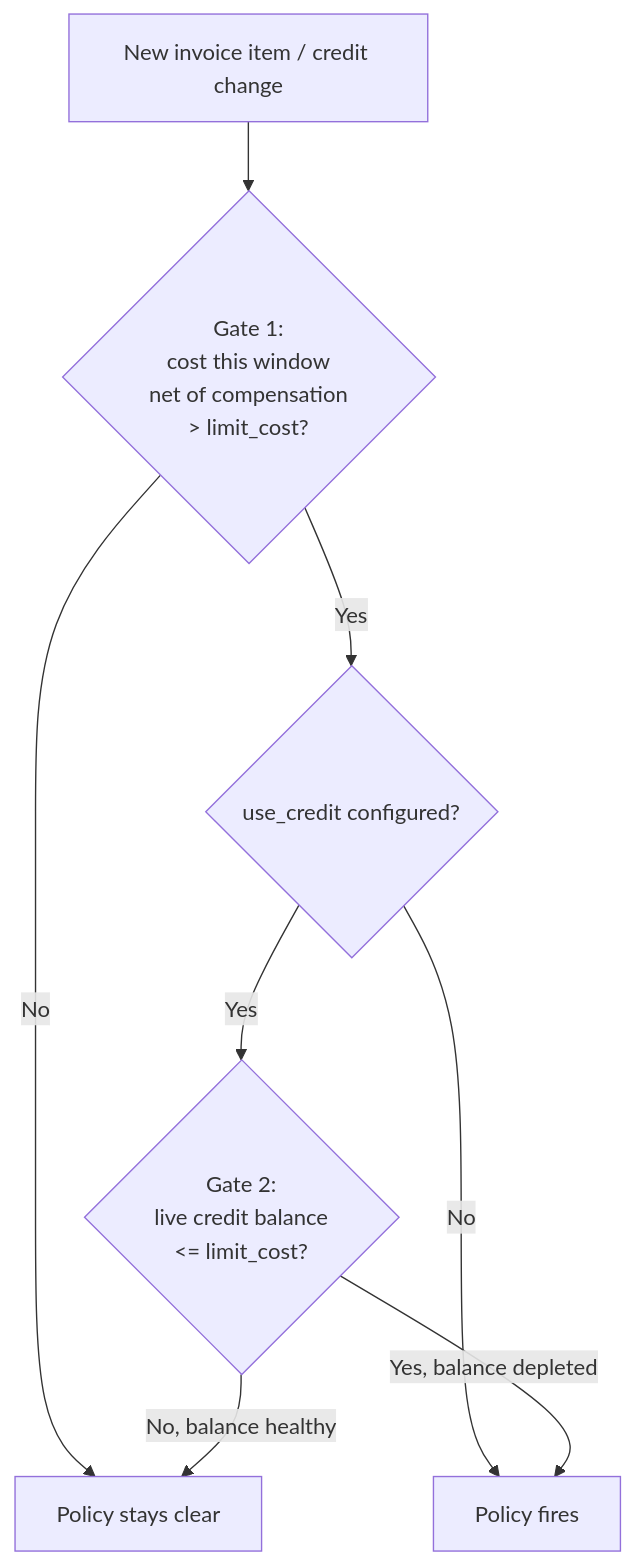
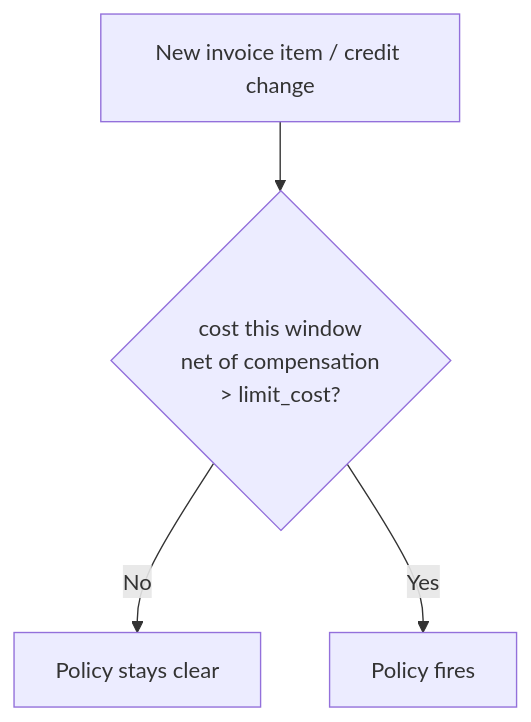
Before and after one commit to waldur/waldur-docs: the seventh of 8 diagrams in docs/developer-guide/guides/billing-and-invoicing.md, drawn with Mermaid. The commit also changed other lines of this file and 51 other files, not shown here.

````diff
--- a/docs/developer-guide/guides/billing-and-invoicing.md
+++ b/docs/developer-guide/guides/billing-and-invoicing.md
@@ -306,10 +336,6 @@
 ```mermaid
 graph TD
-    A[New invoice item / credit change] --> B{Gate 1:<br>cost this window<br>net of compensation<br>> limit_cost?}
+    A[New invoice item / credit change] --> B{cost this window<br>net of compensation<br>> limit_cost?}
     B -->|No| Z[Policy stays clear]
-    B -->|Yes| C{use_credit configured?}
-    C -->|No| F[Policy fires]
-    C -->|Yes| D{Gate 2:<br>live credit balance<br><= limit_cost?}
-    D -->|No, balance healthy| Z
-    D -->|Yes, balance depleted| F
+    B -->|Yes| F[Policy fires]
 ```
````
